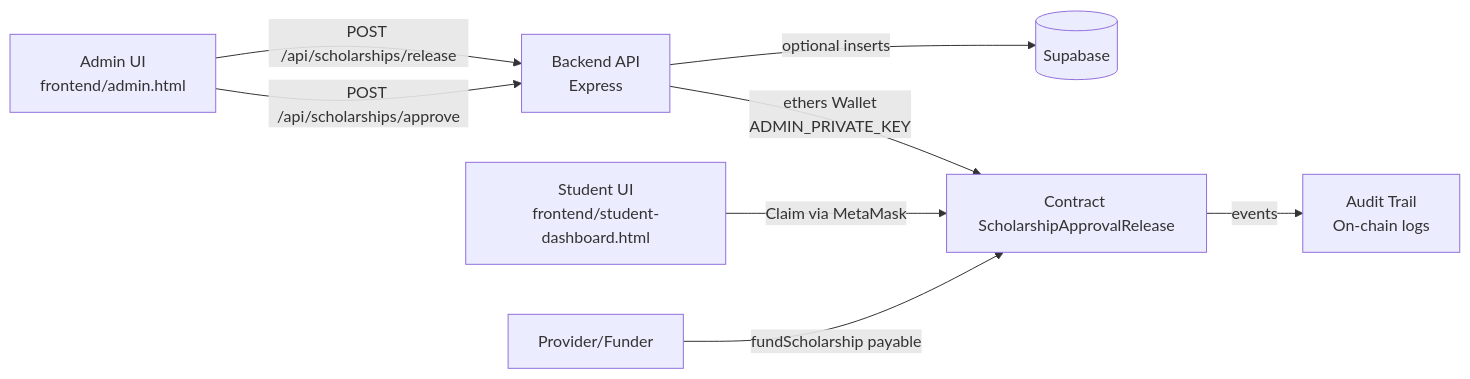
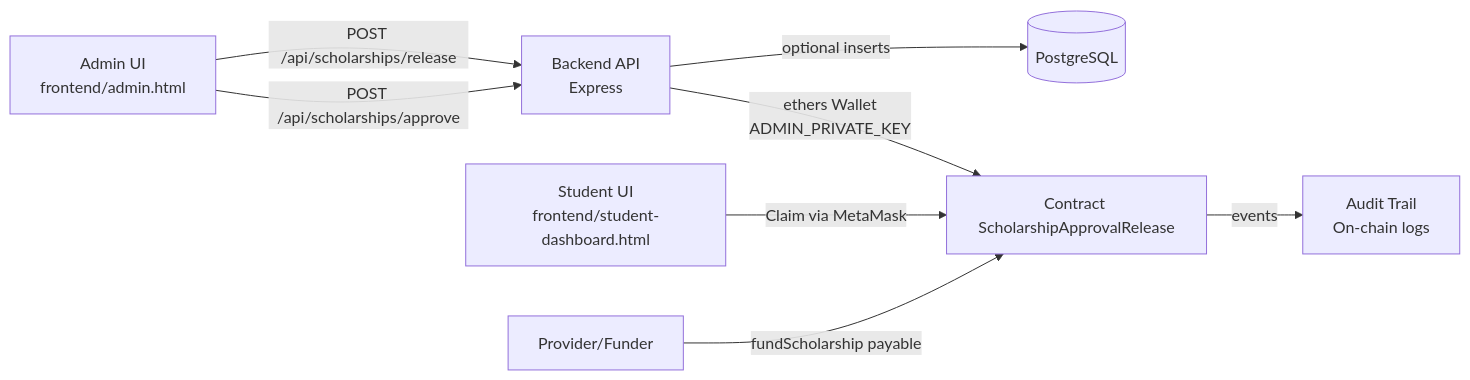
One commit to ahmedelbamby-aast/ScholarshipDisbursement changed the first of 14 diagrams in docs/codebase.md. Above: the diagram before and after it, drawn with Mermaid. The commit also changed other lines of this file and 20 other files, not shown here.

````diff
--- a/docs/codebase.md
+++ b/docs/codebase.md
@@ -26,10 +26,10 @@
 ```mermaid
 flowchart LR
   A[Admin UI\nfrontend/admin.html] -->|POST /api/scholarships/approve| B[Backend API\nExpress]
   A -->|POST /api/scholarships/release| B
   S[Student UI\nfrontend/student-dashboard.html] -->|Claim via MetaMask| C[Contract ScholarshipApprovalRelease]
   B -->|ethers Wallet\nADMIN_PRIVATE_KEY| C
   P[Provider/Funder] -->|fundScholarship payable| C
-  B -->|optional inserts| D[(Supabase)]
+  B -->|optional inserts| D[(PostgreSQL)]
   C -->|events| E[Audit Trail\nOn-chain logs]
 ```
````
